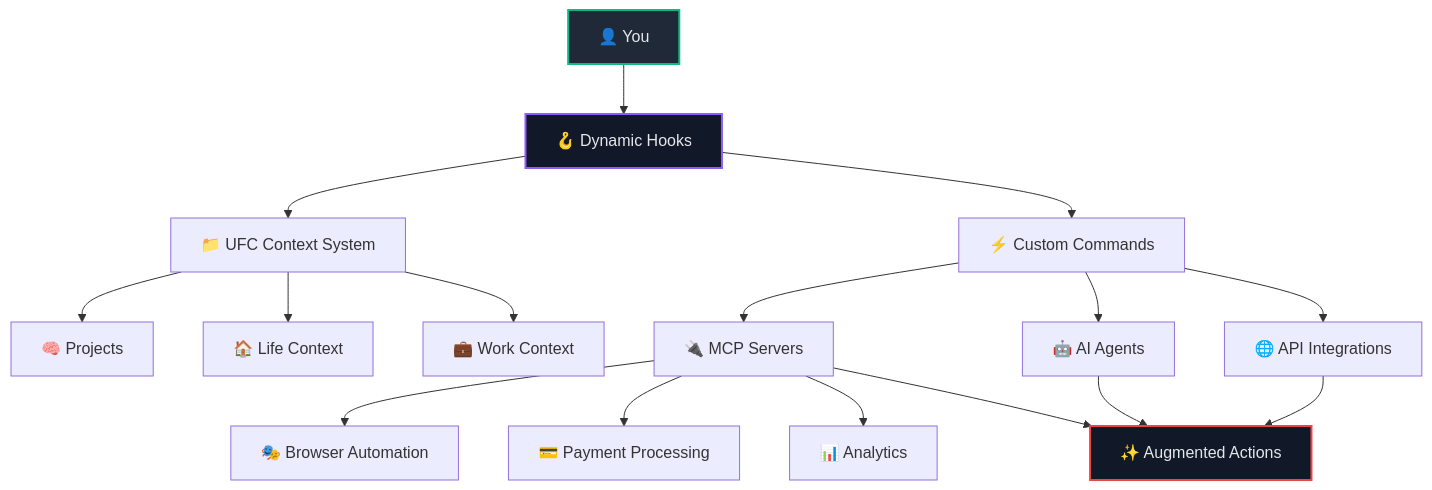
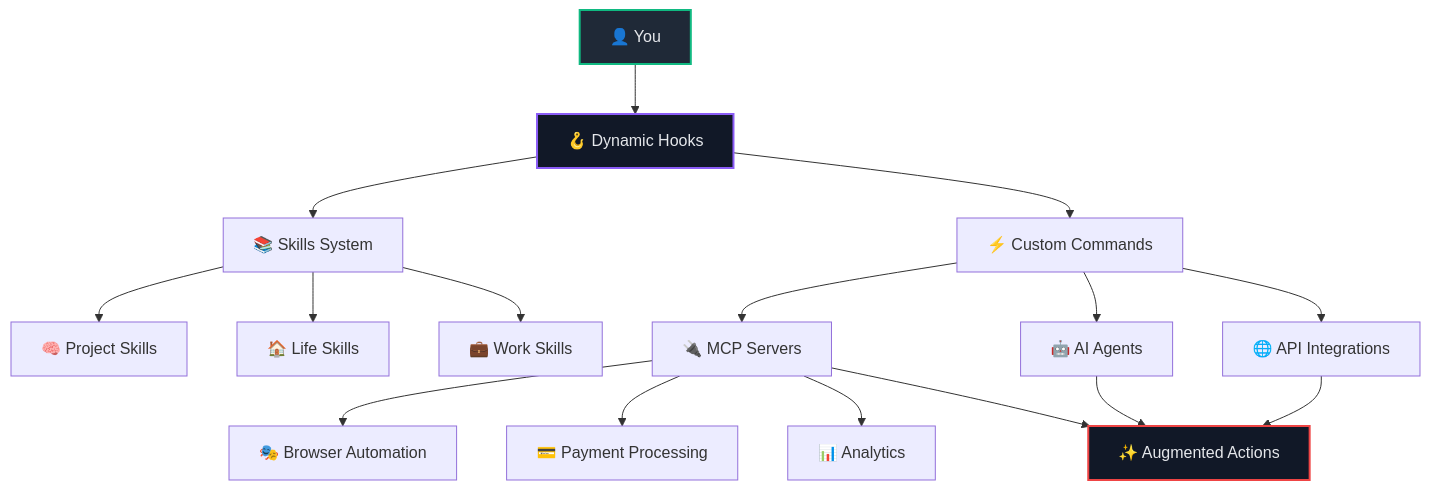
Before and after one commit to Smartagent-so/Personal_AI_Infrastructure: the second of 2 diagrams in README.md, drawn with Mermaid. The commit also changed other lines of this file and 16 other files, not shown here.

First line of the commit message:
v0.3.0 - MAJOR MILESTONE: Anthropic Skills Architecture Migration

````diff
--- a/README.md
+++ b/README.md
@@ -307,27 +368,27 @@
 ```mermaid
 graph TD
     User[👤 You] --> Hooks[🪝 Dynamic Hooks]
-    
-    Hooks --> UFC[📁 UFC Context System]
+
+    Hooks --> Skills[📚 Skills System]
     Hooks --> Commands[⚡ Custom Commands]
-    
-    UFC --> Projects[🧠 Projects]
-    UFC --> Life[🏠 Life Context]
-    UFC --> Work[💼 Work Context]
-    
+
+    Skills --> Projects[🧠 Project Skills]
+    Skills --> Life[🏠 Life Skills]
+    Skills --> Work[💼 Work Skills]
+
     Commands --> MCPs[🔌 MCP Servers]
     Commands --> Agents[🤖 AI Agents]
     Commands --> APIs[🌐 API Integrations]
-    
-    MCPs --> Playwright[🎭 Browser Automation]
+
+    MCPs --> ChromeDevTools[🎭 Browser Automation]
     MCPs --> Stripe[💳 Payment Processing]
     MCPs --> Analytics[📊 Analytics]
-    
+
     Agents --> Output[✨ Augmented Actions]
     APIs --> Output
     MCPs --> Output
-    
+
     style User fill:#1f2937,stroke:#10b981,stroke-width:2px,color:#e5e7eb
     style Hooks fill:#111827,stroke:#8b5cf6,stroke-width:2px,color:#e5e7eb
     style Output fill:#111827,stroke:#ef4444,stroke-width:2px,color:#e5e7eb
 ```
````
